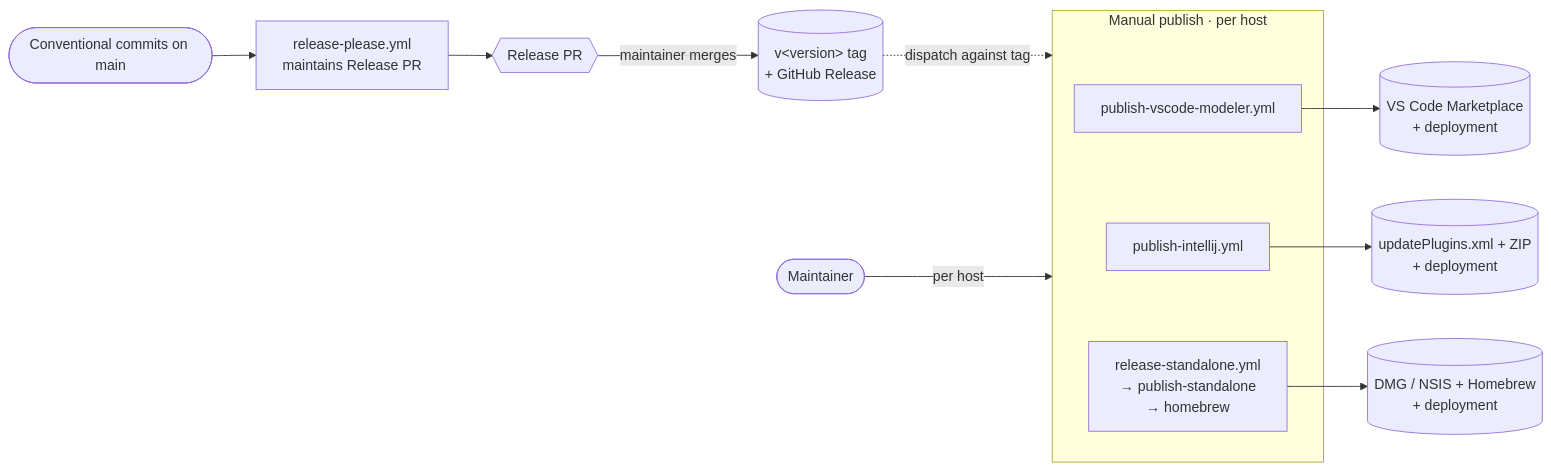
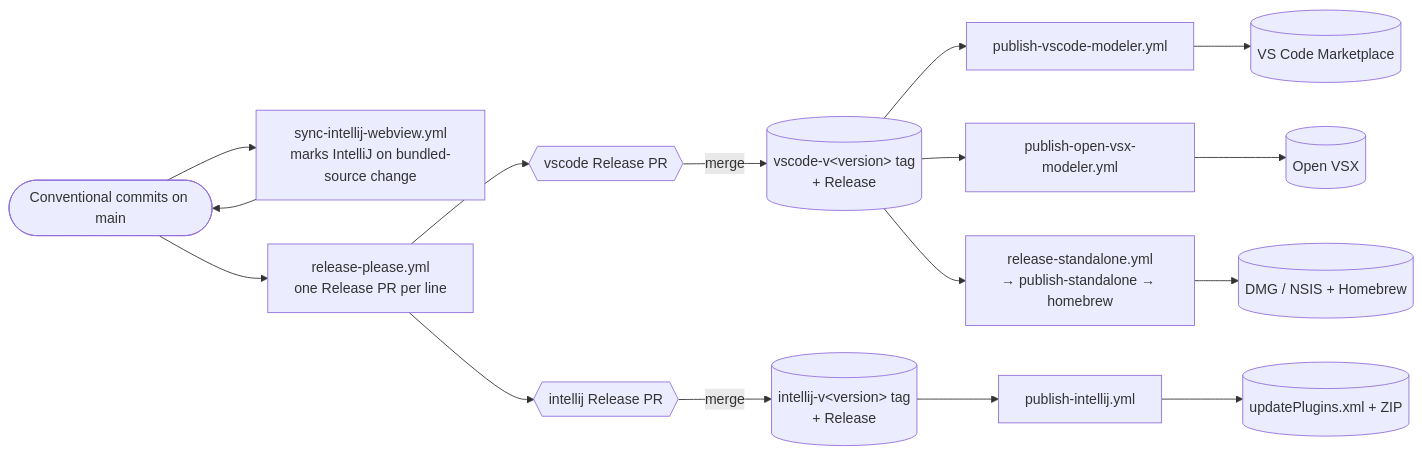
The diagram in docs/vscode/contributing/release-process.md (Miragon/bpmn-modeler), drawn with Mermaid before and after one commit. The commit also changed other lines of this file and 16 other files, not shown here.

First line of the commit message:
chore(release): rework release-please into independent per-host lines

````diff
--- a/docs/vscode/contributing/release-process.md
+++ b/docs/vscode/contributing/release-process.md
@@ -42,23 +52,25 @@
 ```mermaid
 flowchart LR
     commits([Conventional commits on main])
-    rp[release-please.yml<br/>maintains Release PR]
-    pr{{Release PR}}
-    tag[(v&lt;version&gt; tag<br/>+ GitHub Release)]
+    sync[sync-intellij-webview.yml<br/>marks IntelliJ on bundled-source change]
+    rp[release-please.yml<br/>one Release PR per line]
+    pr_v{{vscode Release PR}}
+    pr_i{{intellij Release PR}}
+    tag_v[(vscode-v&lt;version&gt; tag<br/>+ Release)]
+    tag_i[(intellij-v&lt;version&gt; tag<br/>+ Release)]
 
-    commits --> rp --> pr
-    pr -->|maintainer merges| tag
+    commits --> rp
+    commits --> sync --> commits
+    rp --> pr_v -->|merge| tag_v
+    rp --> pr_i -->|merge| tag_i
 
-    user([Maintainer])
-    subgraph Publish[Manual publish · per host]
-        p_vscode[publish-vscode-modeler.yml]
-        p_intellij[publish-intellij.yml]
-        p_standalone[release-standalone.yml<br/>→ publish-standalone<br/>→ homebrew]
-    end
+    tag_v --> p_vscode[publish-vscode-modeler.yml]
+    tag_v --> p_ovsx[publish-open-vsx-modeler.yml]
+    tag_v --> p_standalone[release-standalone.yml<br/>→ publish-standalone → homebrew]
+    tag_i --> p_intellij[publish-intellij.yml]
 
-    tag -. dispatch against tag .-> Publish
-    user -->|per host| Publish
-    p_vscode --> a_vscode[(VS Code Marketplace<br/>+ deployment)]
-    p_intellij --> a_intellij[(updatePlugins.xml + ZIP<br/>+ deployment)]
-    p_standalone --> a_standalone[(DMG / NSIS + Homebrew<br/>+ deployment)]
+    p_vscode --> a_vscode[(VS Code Marketplace)]
+    p_ovsx --> a_ovsx[(Open VSX)]
+    p_standalone --> a_standalone[(DMG / NSIS + Homebrew)]
+    p_intellij --> a_intellij[(updatePlugins.xml + ZIP)]
 ```
````
